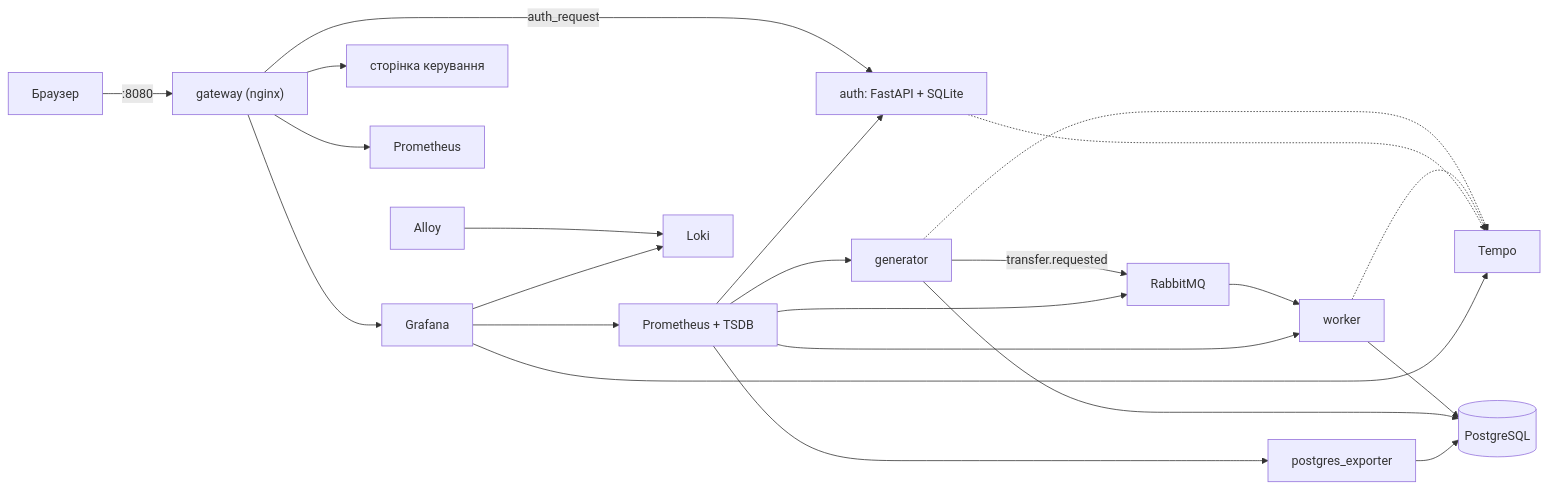
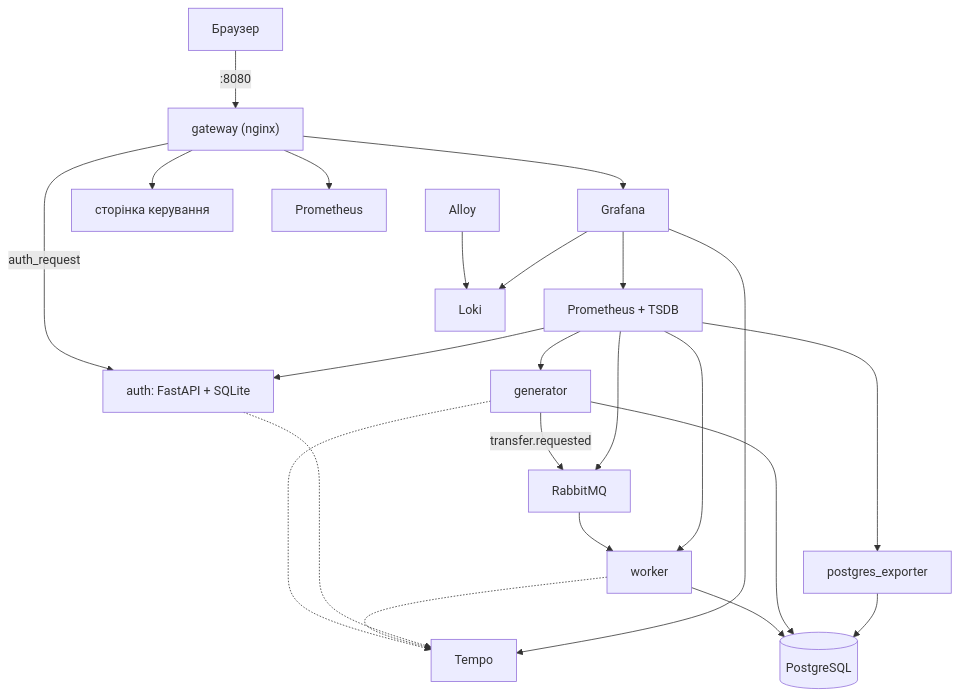
Before and after one commit to BloodsFa1zer/bank-monitor: the diagram in docs/REPORT.md, drawn with Mermaid. The commit also changed other lines of this file and 2 other files, not shown here.

````diff
--- a/docs/REPORT.md
+++ b/docs/REPORT.md
@@ -30,13 +31,13 @@
 ```mermaid
-flowchart LR
+flowchart TB
   U["Браузер"] -->|":8080"| GW["gateway (nginx)"]
   GW -->|"auth_request"| AUTH["auth: FastAPI + SQLite"]
   GW --> GRAF["Grafana"] & CTRL["сторінка керування"] & PROMUI["Prometheus"]
   GEN["generator"] -->|"transfer.requested"| MQ["RabbitMQ"] --> W["worker"] --> PG[("PostgreSQL")]
   GEN --> PG
   PROM["Prometheus + TSDB"] --> EXP["postgres_exporter"] --> PG
   PROM --> GEN & W & AUTH & MQ
   ALLOY["Alloy"] --> LOKI["Loki"]
   GEN & W & AUTH -.-> TEMPO["Tempo"]
   GRAF --> PROM & LOKI & TEMPO
 ```
````
